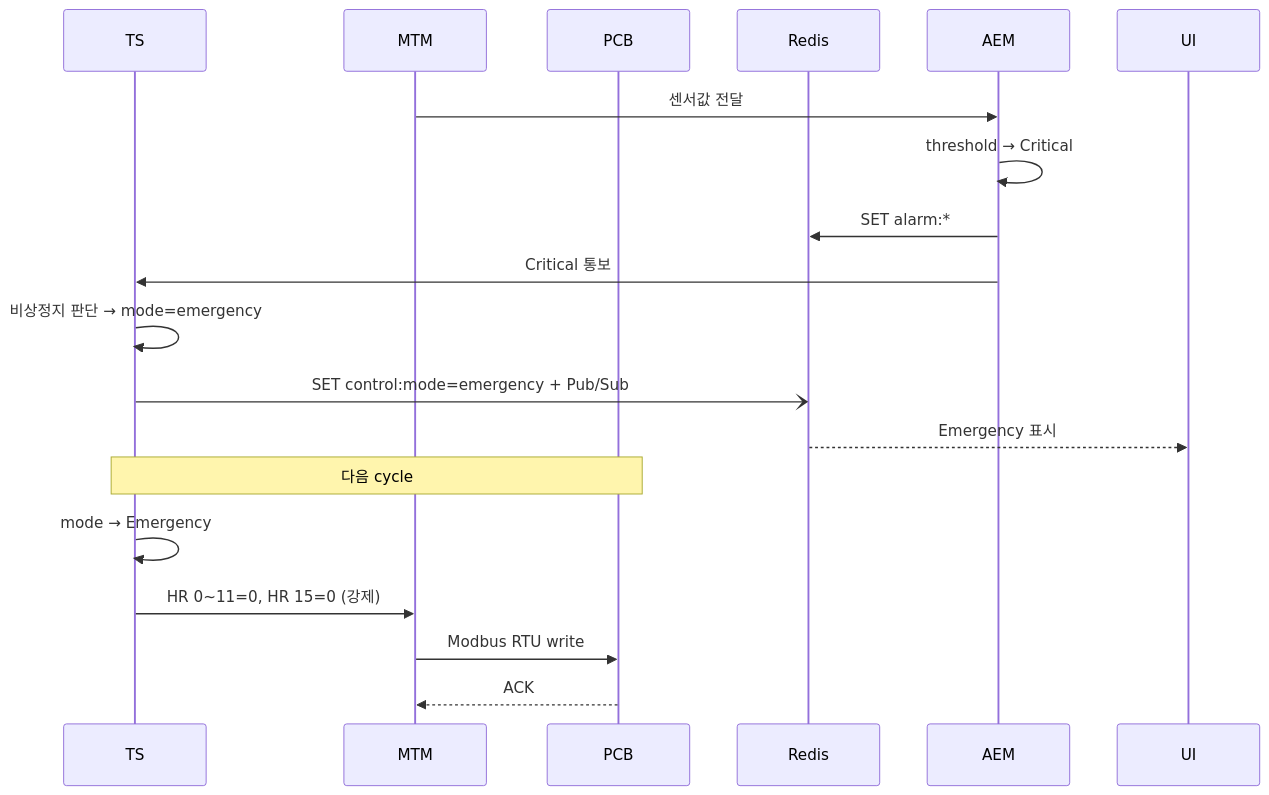
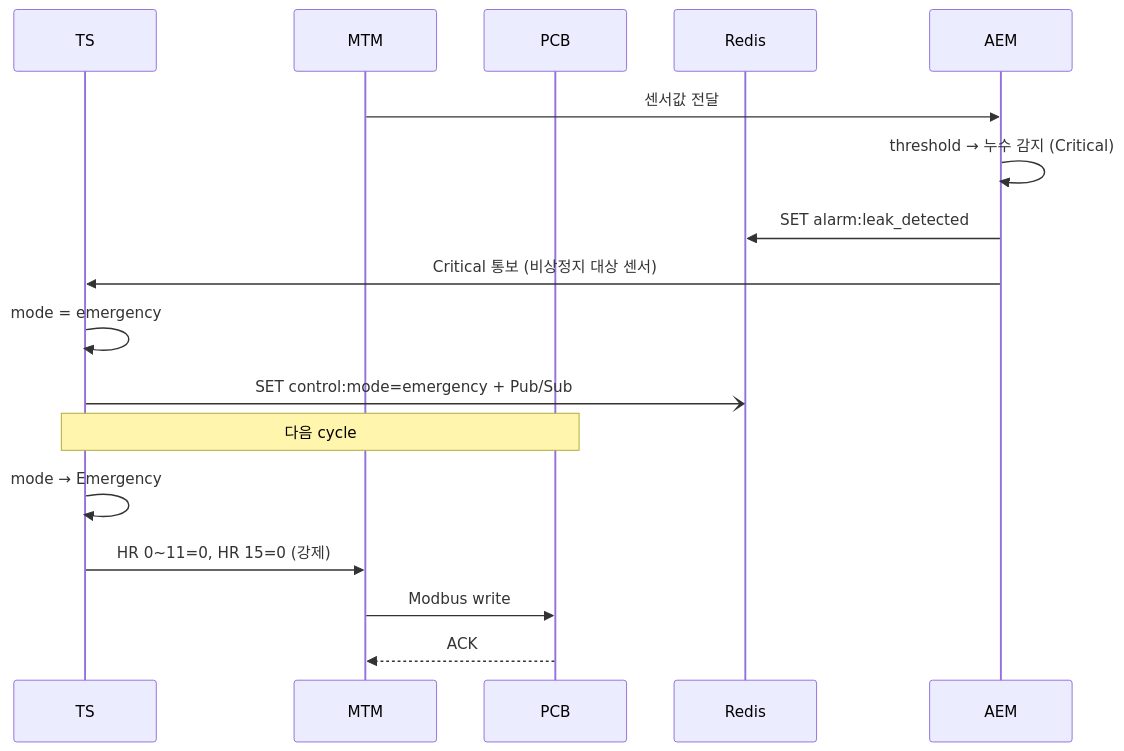
One commit to DEEPGadget/L2A_CDU_system changed the second of 3 diagrams in docs/MCG.md. Above: the diagram before and after it, drawn with Mermaid. The commit also changed other lines of this file, not shown here.

````diff
--- a/docs/MCG.md
+++ b/docs/MCG.md
@@ -167,23 +165,22 @@
 ```mermaid
 sequenceDiagram
     participant TS as TS
     participant MTM as MTM
     participant PCB as PCB
     participant Redis as Redis
     participant AEM as AEM
 
     MTM->>AEM: 센서값 전달
-    AEM->>AEM: threshold → Critical
-    AEM->>Redis: SET alarm:*
-    AEM->>TS: Critical 통보
+    AEM->>AEM: threshold → 누수 감지 (Critical)
+    AEM->>Redis: SET alarm:leak_detected
+    AEM->>TS: Critical 통보 (비상정지 대상 센서)
 
-    TS->>TS: 비상정지 판단 → mode=emergency
+    TS->>TS: mode = emergency
     TS-)Redis: SET control:mode=emergency + Pub/Sub
-    Redis-->>UI: Emergency 표시
 
     Note over TS,PCB: 다음 cycle
     TS->>TS: mode → Emergency
     TS->>MTM: HR 0~11=0, HR 15=0 (강제)
-    MTM->>PCB: Modbus RTU write
+    MTM->>PCB: Modbus write
     PCB-->>MTM: ACK
 ```
````
